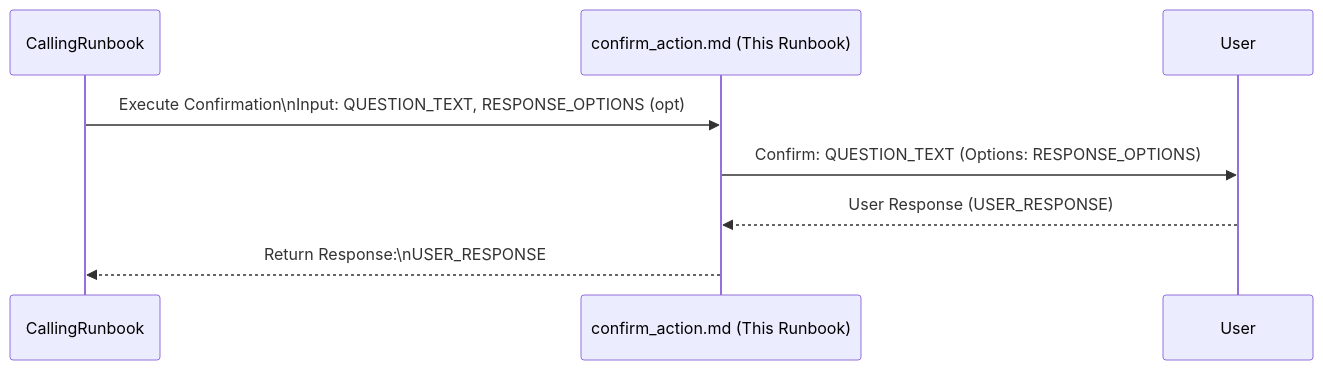
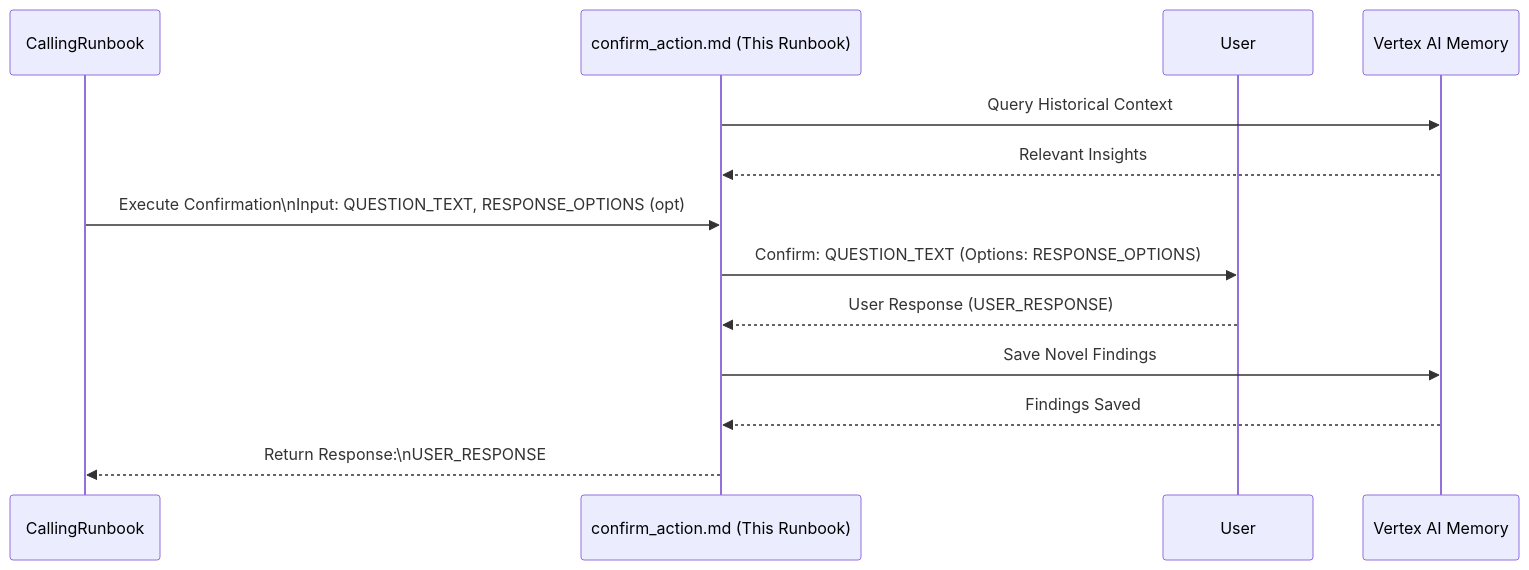
Before and after one commit to dandye/adk_runbooks: the diagram in rules-bank/run_books/common_steps/confirm_action.md, drawn with Mermaid. The commit also changed other lines of this file and 125 other files, not shown here.

````diff
--- a/rules-bank/run_books/common_steps/confirm_action.md
+++ b/rules-bank/run_books/common_steps/confirm_action.md
@@ -30,16 +32,25 @@
 ```{mermaid}
 sequenceDiagram
     participant CallingRunbook
     participant ConfirmAction as confirm_action.md (This Runbook)
     participant User
+    participant Memory as Vertex AI Memory
 
+
+    %% Step: Query Memory Context
+    ConfirmAction->>Memory: Query Historical Context
+    Memory-->>ConfirmAction: Relevant Insights
     CallingRunbook->>ConfirmAction: Execute Confirmation\nInput: QUESTION_TEXT, RESPONSE_OPTIONS (opt)
 
     %% Step 2: Ask Question
     ConfirmAction->>User: Confirm: QUESTION_TEXT (Options: RESPONSE_OPTIONS)
     User-->>ConfirmAction: User Response (USER_RESPONSE)
 
     %% Step 3: Return Response
+
+    %% Step: Save Findings to Memory
+    ConfirmAction->>Memory: Save Novel Findings
+    Memory-->>ConfirmAction: Findings Saved
     ConfirmAction-->>CallingRunbook: Return Response:\nUSER_RESPONSE
 
 ```
````
